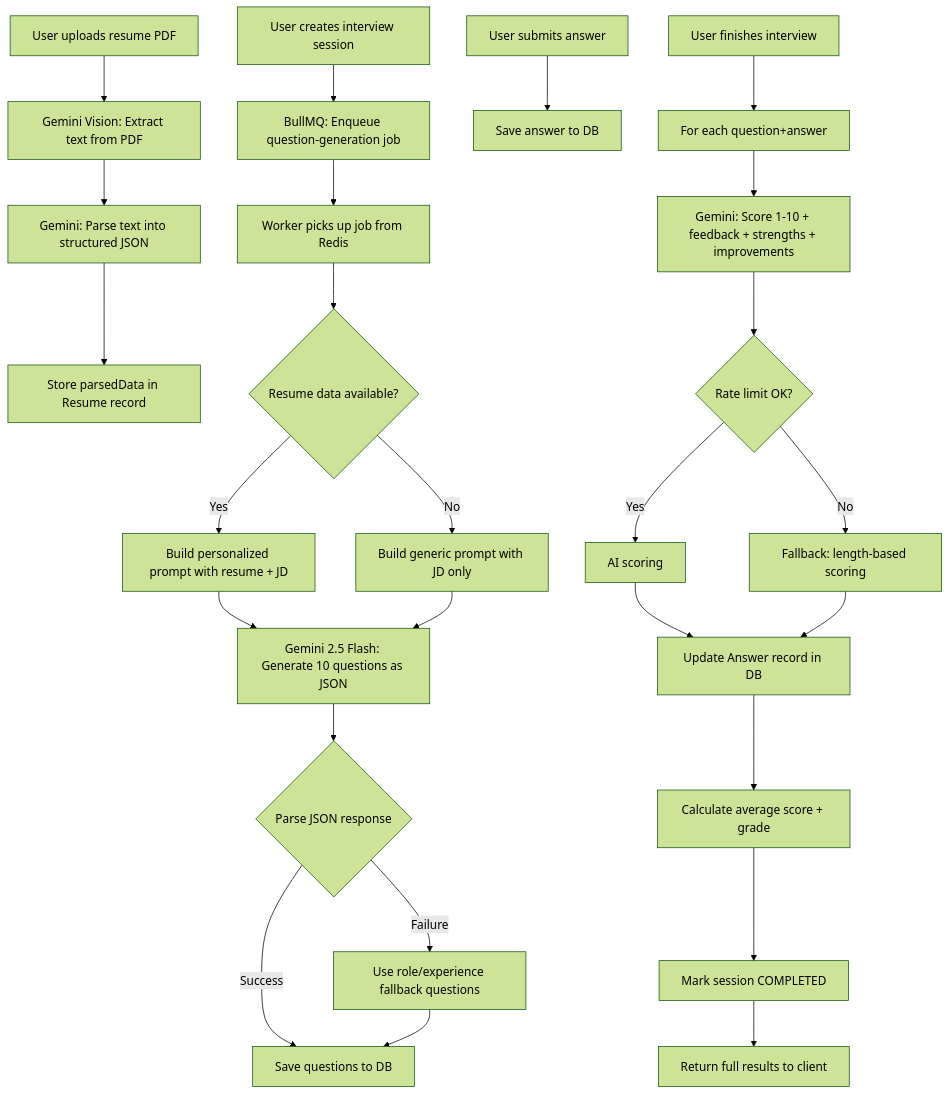
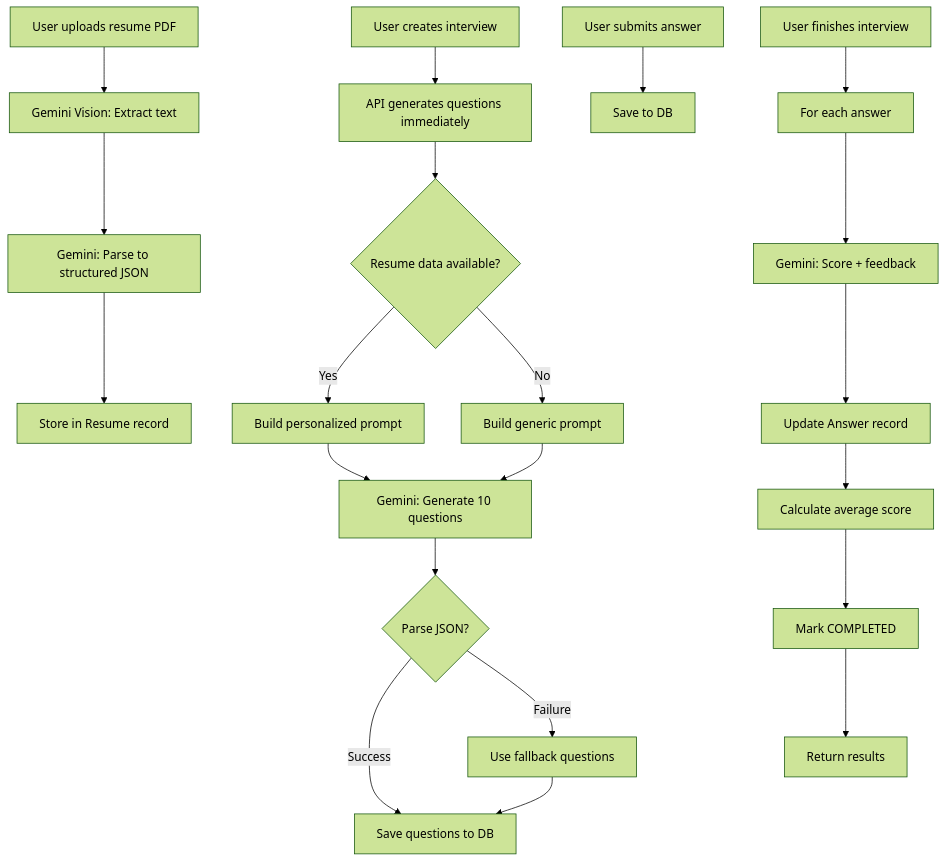
One commit to patiladitya77/Prep-AI changed the third of 3 diagrams in README.md. Above: the diagram before and after it, drawn with Mermaid (forest theme). The commit also changed other lines of this file, not shown here.

````diff
--- a/README.md
+++ b/README.md
@@ -627,31 +546,26 @@
 ```mermaid
 flowchart TD
-    A[User uploads resume PDF] --> B[Gemini Vision: Extract text from PDF]
-    B --> C[Gemini: Parse text into structured JSON]
-    C --> D[Store parsedData in Resume record]
+    A[User uploads resume PDF] --> B[Gemini Vision: Extract text]
+    B --> C[Gemini: Parse to structured JSON]
+    C --> D[Store in Resume record]
 
-    E[User creates interview session] --> F[BullMQ: Enqueue question-generation job]
-    F --> G[Worker picks up job from Redis]
-    G --> H{Resume data available?}
-    H -->|Yes| I[Build personalized prompt with resume + JD]
-    H -->|No| J[Build generic prompt with JD only]
-    I --> K[Gemini 2.5 Flash: Generate 10 questions as JSON]
-    J --> K
-    K --> L{Parse JSON response}
-    L -->|Success| M[Save questions to DB]
-    L -->|Failure| N[Use role/experience fallback questions]
-    N --> M
+    E[User creates interview] --> F[API generates questions immediately]
+    F --> G{Resume data available?}
+    G -->|Yes| H[Build personalized prompt]
+    G -->|No| I[Build generic prompt]
+    H --> J[Gemini: Generate 10 questions]
+    I --> J
+    J --> K{Parse JSON?}
+    K -->|Success| L[Save questions to DB]
+    K -->|Failure| M[Use fallback questions]
+    M --> L
 
-    O[User submits answer] --> P[Save answer to DB]
+    N[User submits answer] --> O[Save to DB]
 
-    Q[User finishes interview] --> R[For each question+answer]
-    R --> S[Gemini: Score 1-10 + feedback + strengths + improvements]
-    S --> T{Rate limit OK?}
-    T -->|Yes| U[AI scoring]
-    T -->|No| V[Fallback: length-based scoring]
-    U --> W[Update Answer record in DB]
-    V --> W
-    W --> X[Calculate average score + grade]
-    X --> Y[Mark session COMPLETED]
-    Y --> Z[Return full results to client]
+    P[User finishes interview] --> Q[For each answer]
+    Q --> R[Gemini: Score + feedback]
+    R --> S[Update Answer record]
+    S --> T[Calculate average score]
+    T --> U[Mark COMPLETED]
+    U --> V[Return results]
 ```
````
